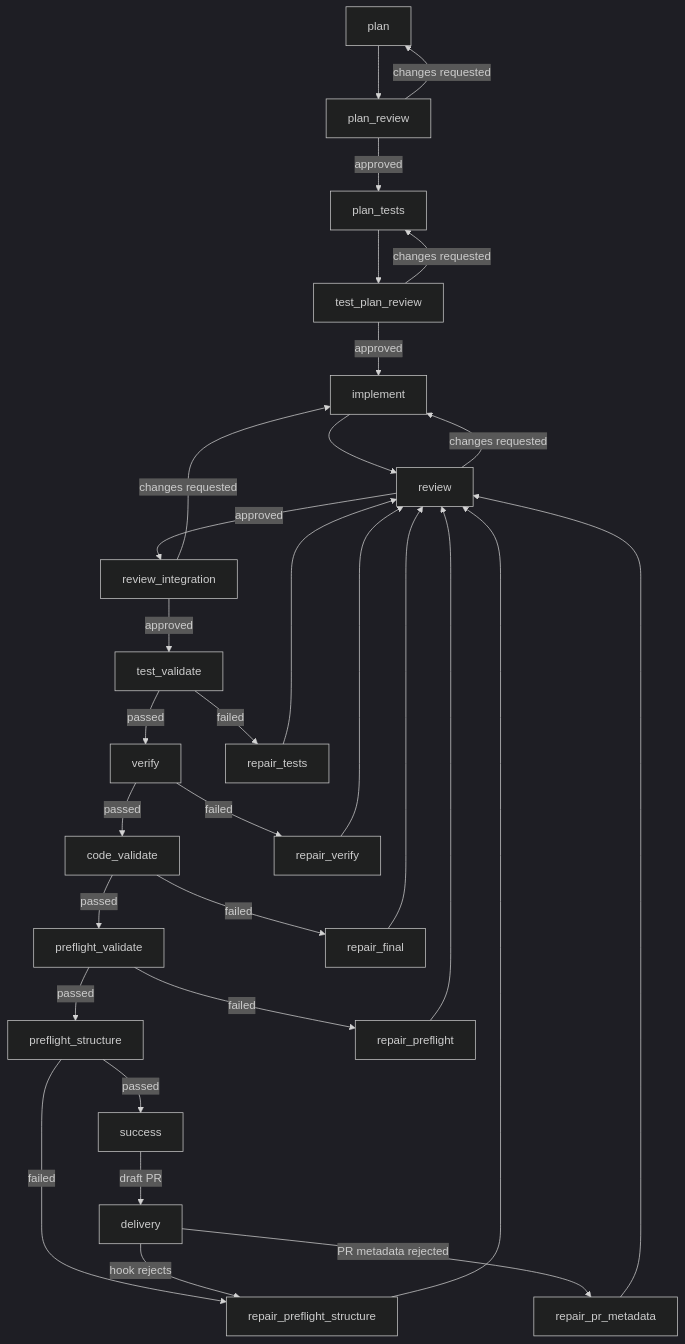
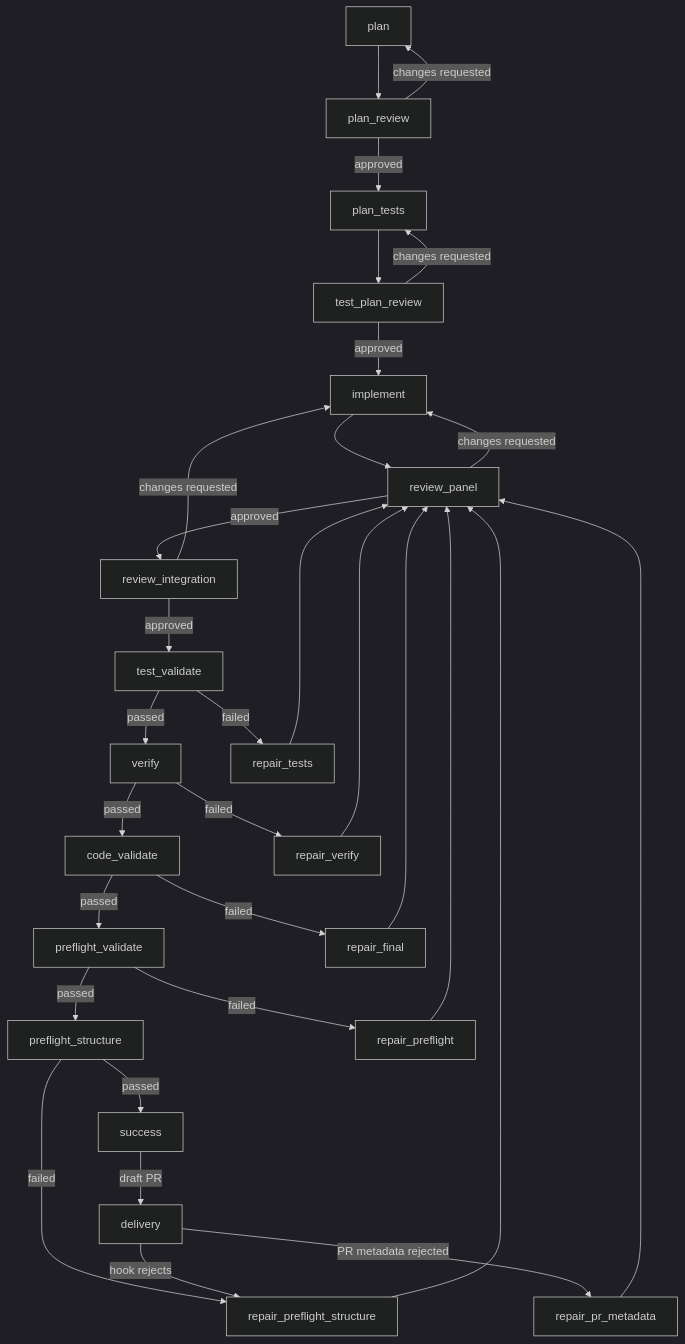
The first of 2 diagrams in docs/product/workflows-guide.md (MiviaLabs/mivia-agent), drawn with Mermaid (dark theme) before and after one commit. The commit also changed other lines of this file and 21 other files, not shown here.

````diff
--- a/docs/product/workflows-guide.md
+++ b/docs/product/workflows-guide.md
@@ -248,33 +248,33 @@
 ```mermaid
 flowchart TD
     plan --> plan_review
     plan_review -->|approved| plan_tests
     plan_review -->|changes requested| plan
     plan_tests --> test_plan_review
     test_plan_review -->|approved| implement
     test_plan_review -->|changes requested| plan_tests
-    implement --> review
-    review -->|approved| review_integration
-    review -->|changes requested| implement
+    implement --> review_panel
+    review_panel -->|approved| review_integration
+    review_panel -->|changes requested| implement
     review_integration -->|approved| test_validate
     review_integration -->|changes requested| implement
     test_validate -->|passed| verify
     test_validate -->|failed| repair_tests
-    repair_tests --> review
+    repair_tests --> review_panel
     verify -->|passed| code_validate
     verify -->|failed| repair_verify
-    repair_verify --> review
+    repair_verify --> review_panel
     code_validate -->|passed| preflight_validate
     code_validate -->|failed| repair_final
-    repair_final --> review
+    repair_final --> review_panel
     preflight_validate -->|passed| preflight_structure
     preflight_validate -->|failed| repair_preflight
-    repair_preflight --> review
+    repair_preflight --> review_panel
     preflight_structure -->|passed| success
     preflight_structure -->|failed| repair_preflight_structure
-    repair_preflight_structure --> review
-    repair_pr_metadata --> review
+    repair_preflight_structure --> review_panel
+    repair_pr_metadata --> review_panel
     success -->|draft PR| delivery
     delivery -->|hook rejects| repair_preflight_structure
     delivery -->|PR metadata rejected| repair_pr_metadata
 ```
````
